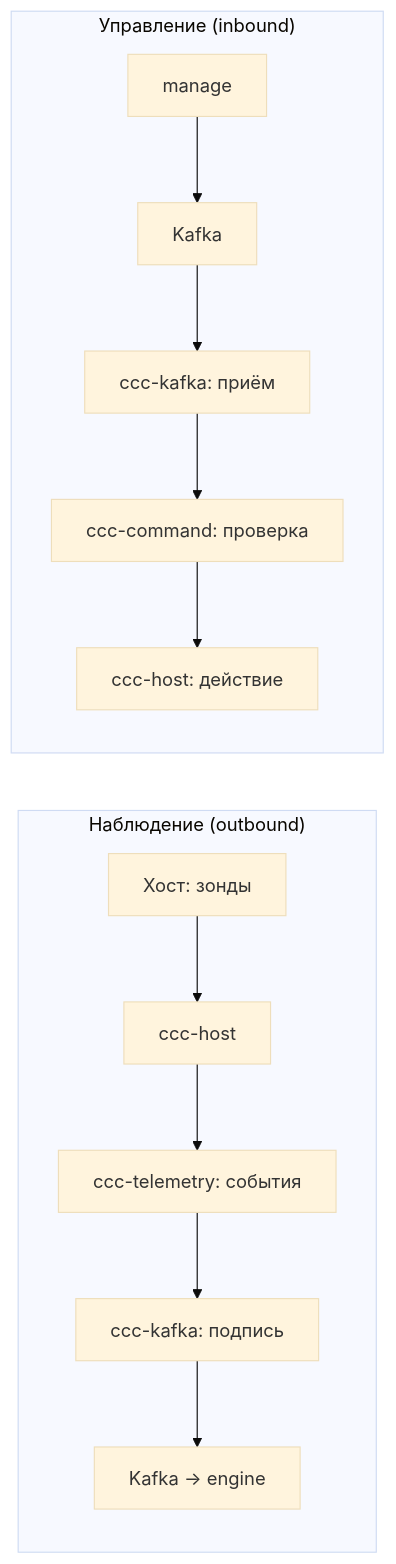
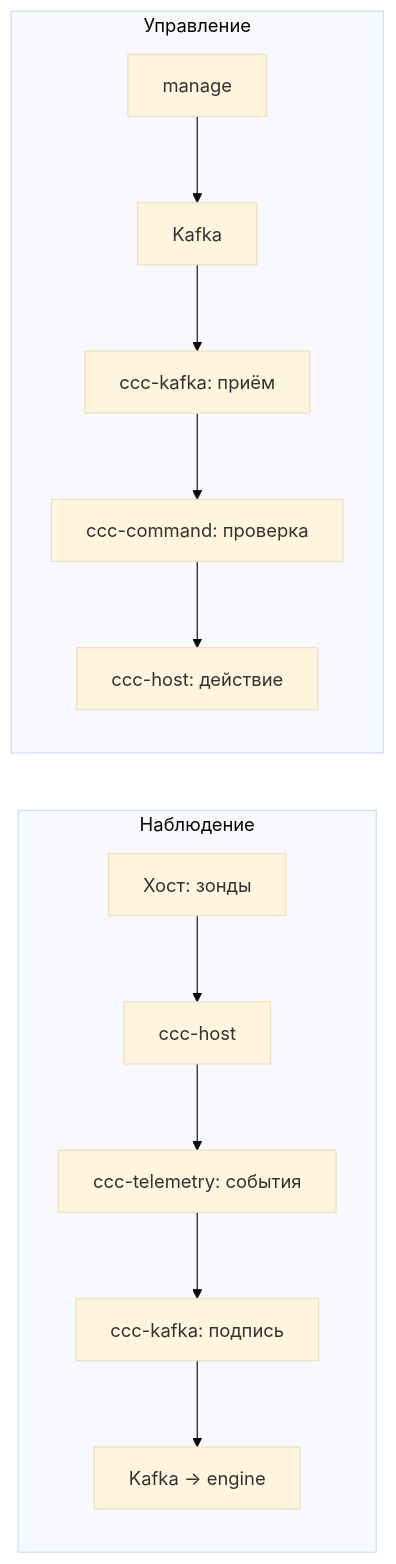
The diagram in docs/ARCHITECTURE.md (TheCipherKeeper/cybercity-collector), drawn with Mermaid (base theme) before and after one commit. The commit also changed other lines of this file and 9 other files, not shown here.

````diff
--- a/docs/ARCHITECTURE.md
+++ b/docs/ARCHITECTURE.md
@@ -63,15 +61,15 @@
 ```mermaid
 graph LR
-  subgraph "Наблюдение (outbound)"
+  subgraph "Наблюдение"
     A[Хост: зонды] --> B[ccc-host]
     B --> C[ccc-telemetry: события]
     C --> D[ccc-kafka: подпись]
     D --> E[Kafka → engine]
   end
-  subgraph "Управление (inbound)"
+  subgraph "Управление"
     F[manage] --> G[Kafka]
     G --> H[ccc-kafka: приём]
     H --> I[ccc-command: проверка]
     I --> J[ccc-host: действие]
   end
 ```
````
